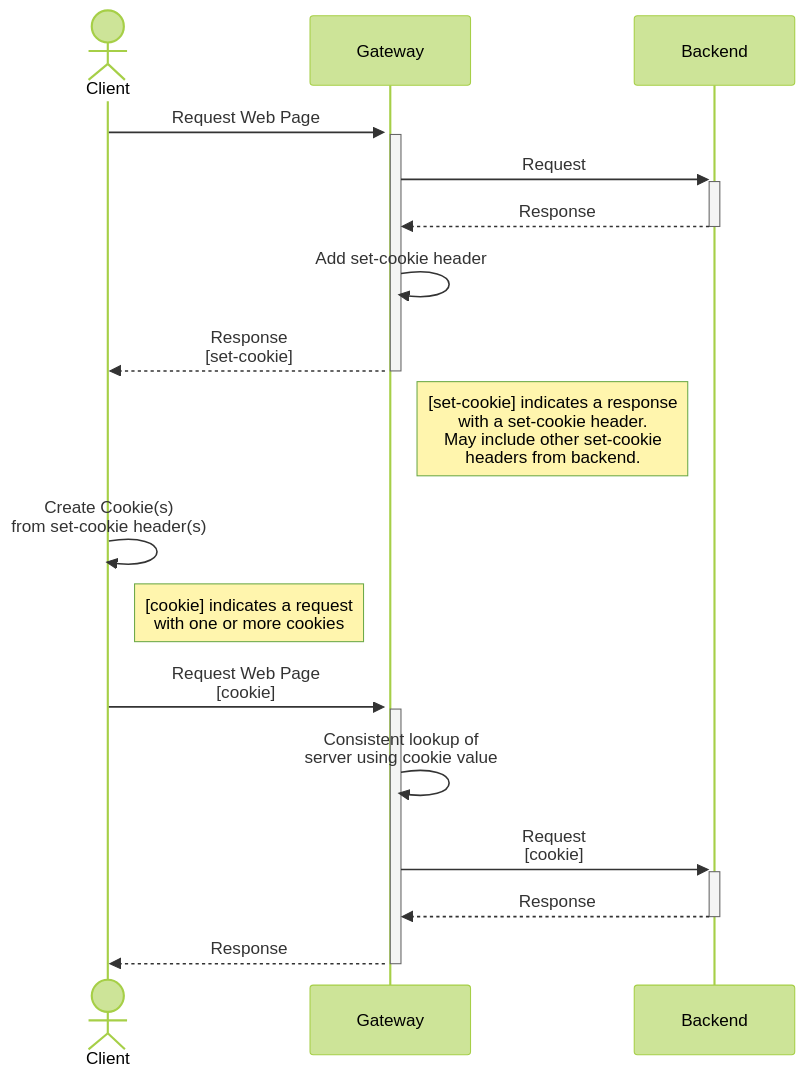
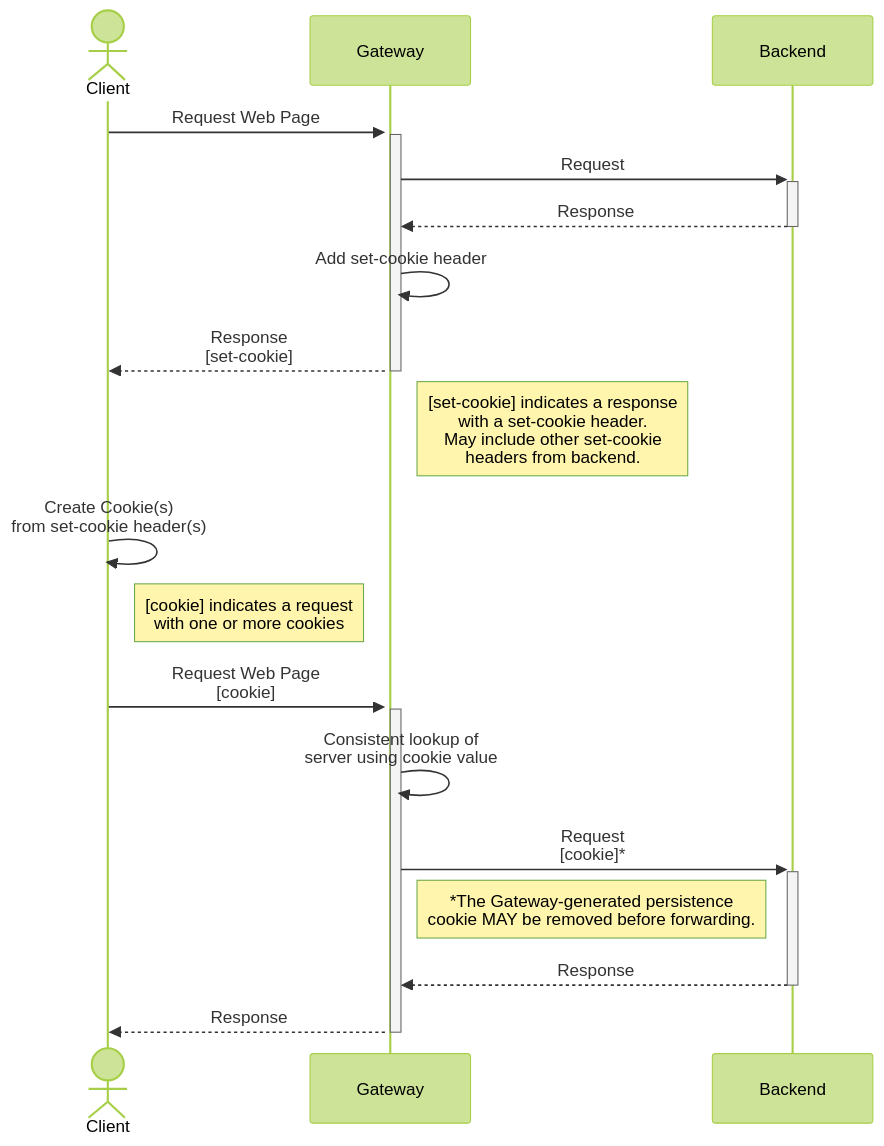
Before and after one commit to kubernetes-sigs/gateway-api: the second of 4 diagrams in geps/gep-1619/index.md, drawn with Mermaid (forest theme). The commit also changed other lines of this file and 12 other files, not shown here.

````diff
--- a/geps/gep-1619/index.md
+++ b/geps/gep-1619/index.md
@@ -183,20 +183,21 @@
 ```mermaid
 sequenceDiagram
     actor C as Client
     participant G as Gateway
     participant B as Backend
     C->>+G: Request Web Page
     activate G
     G->>+B: Request
     B-->>-G: Response
     G->>G: Add set-cookie header
     G-->>-C: Response<br>[set-cookie]
     Note right of G: [set-cookie] indicates a response<br> with a set-cookie header.<br>May include other set-cookie<br>headers from backend.
     C->>C: Create Cookie(s)<br>from set-cookie header(s)
     Note right of C: [cookie] indicates a request<br> with one or more cookies
     C->>+G: Request Web Page<br>[cookie]
     G->>G: Consistent lookup of<br>server using cookie value
-    G->>+B: Request<br>[cookie]
+    G->>+B: Request<br>[cookie]*
+    Note right of G: *The Gateway-generated persistence<br>cookie MAY be removed before forwarding.
     B-->>-G: Response
     G-->>-C: Response
 ```
````
